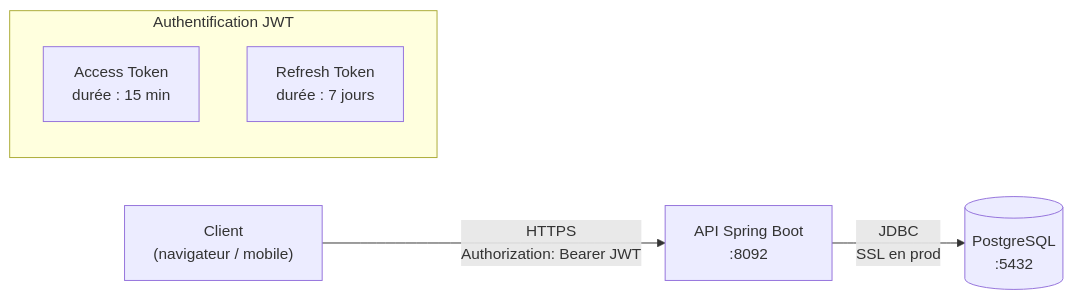
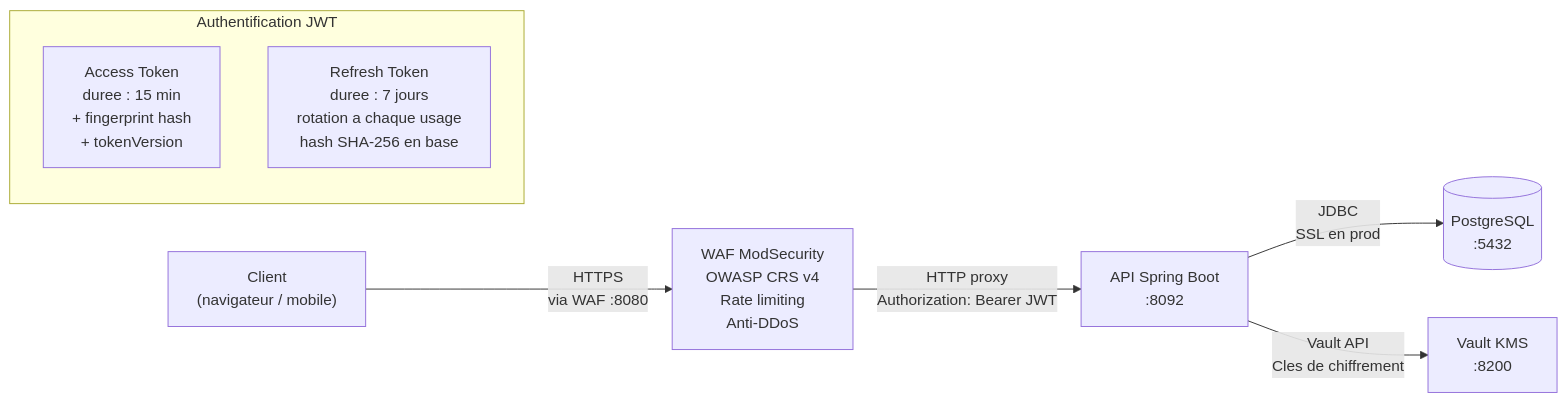
One commit to alpha65-web/-Moov-africa changed the fourth of 4 diagrams in uml/diagramme-deploiement.md. Above: the diagram before and after it, drawn with Mermaid. The commit also changed other lines of this file and 4 other files, not shown here.

First line of the commit message:
docs(uml): update 5 UML diagrams to reflect security audit controls

````diff
--- a/uml/diagramme-deploiement.md
+++ b/uml/diagramme-deploiement.md
@@ -121,15 +215,19 @@
 ```mermaid
 graph LR
     CLIENT["Client<br/>(navigateur / mobile)"]
+    WAF_S["WAF ModSecurity<br/>OWASP CRS v4<br/>Rate limiting<br/>Anti-DDoS"]
     API["API Spring Boot<br/>:8092"]
     DB[("PostgreSQL<br/>:5432")]
+    VAULT_S["Vault KMS<br/>:8200"]
 
-    CLIENT -->|"HTTPS<br/>Authorization: Bearer JWT"| API
+    CLIENT -->|"HTTPS<br/>via WAF :8080"| WAF_S
+    WAF_S -->|"HTTP proxy<br/>Authorization: Bearer JWT"| API
     API -->|"JDBC<br/>SSL en prod"| DB
+    API -->|"Vault API<br/>Cles de chiffrement"| VAULT_S
 
     subgraph jwt["Authentification JWT"]
         direction TB
-        ACCESS["Access Token<br/>durée : 15 min"]
-        REFRESH["Refresh Token<br/>durée : 7 jours"]
+        ACCESS["Access Token<br/>duree : 15 min<br/>+ fingerprint hash<br/>+ tokenVersion"]
+        REFRESH["Refresh Token<br/>duree : 7 jours<br/>rotation a chaque usage<br/>hash SHA-256 en base"]
     end
 ```
````
